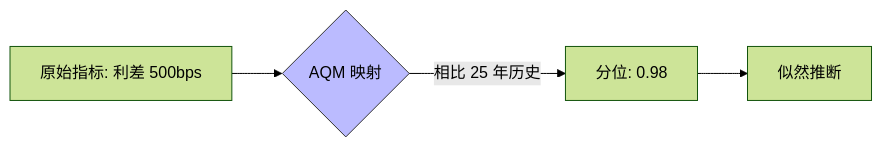
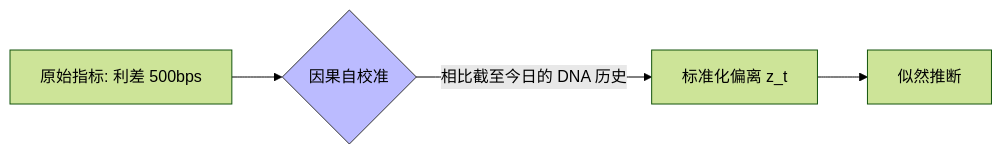
Before and after one commit to yutaofr/qqq-buyer-monitor: diagram 11 of 14 in docs/V11_5_USER_PHILOSOPHY.md, drawn with Mermaid (forest theme). The commit also changed other lines of this file and 31 other files, not shown here.

````diff
--- a/docs/V11_5_USER_PHILOSOPHY.md
+++ b/docs/V11_5_USER_PHILOSOPHY.md
@@ -296,7 +299,7 @@
 ```mermaid
 graph LR
-    A[原始指标: 利差 500bps] --> B{AQM 映射}
-    B -- 相比 25 年历史 --> C[分位: 0.98]
+    A[原始指标: 利差 500bps] --> B{因果自校准}
+    B -- 相比截至今日的 DNA 历史 --> C[标准化偏离 z_t]
     C --> D[似然推断]
     style B fill:#bbf,stroke:#333
 ```
````
